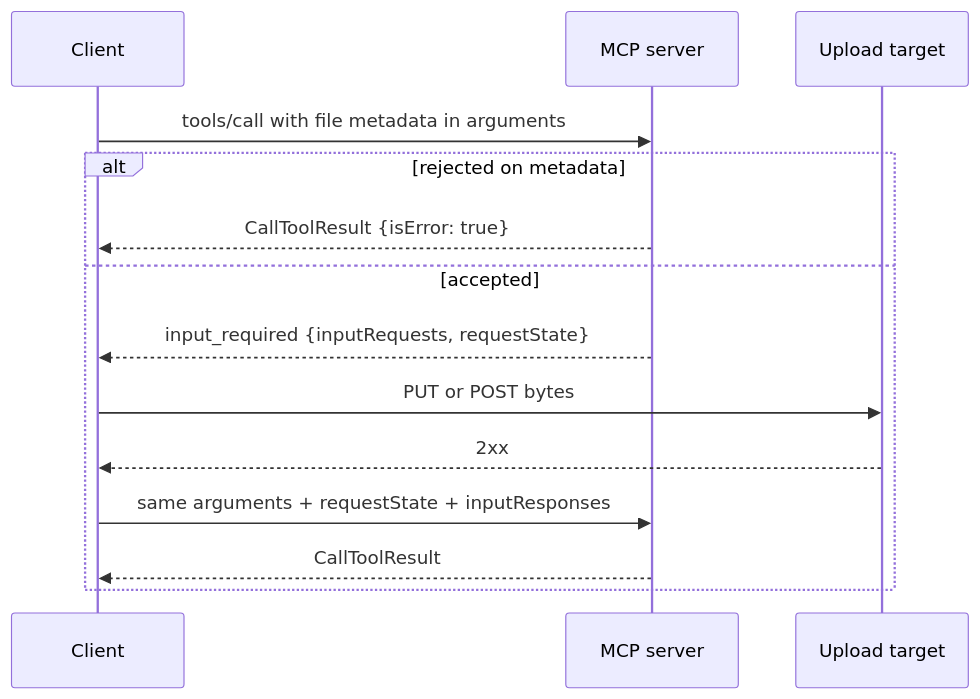
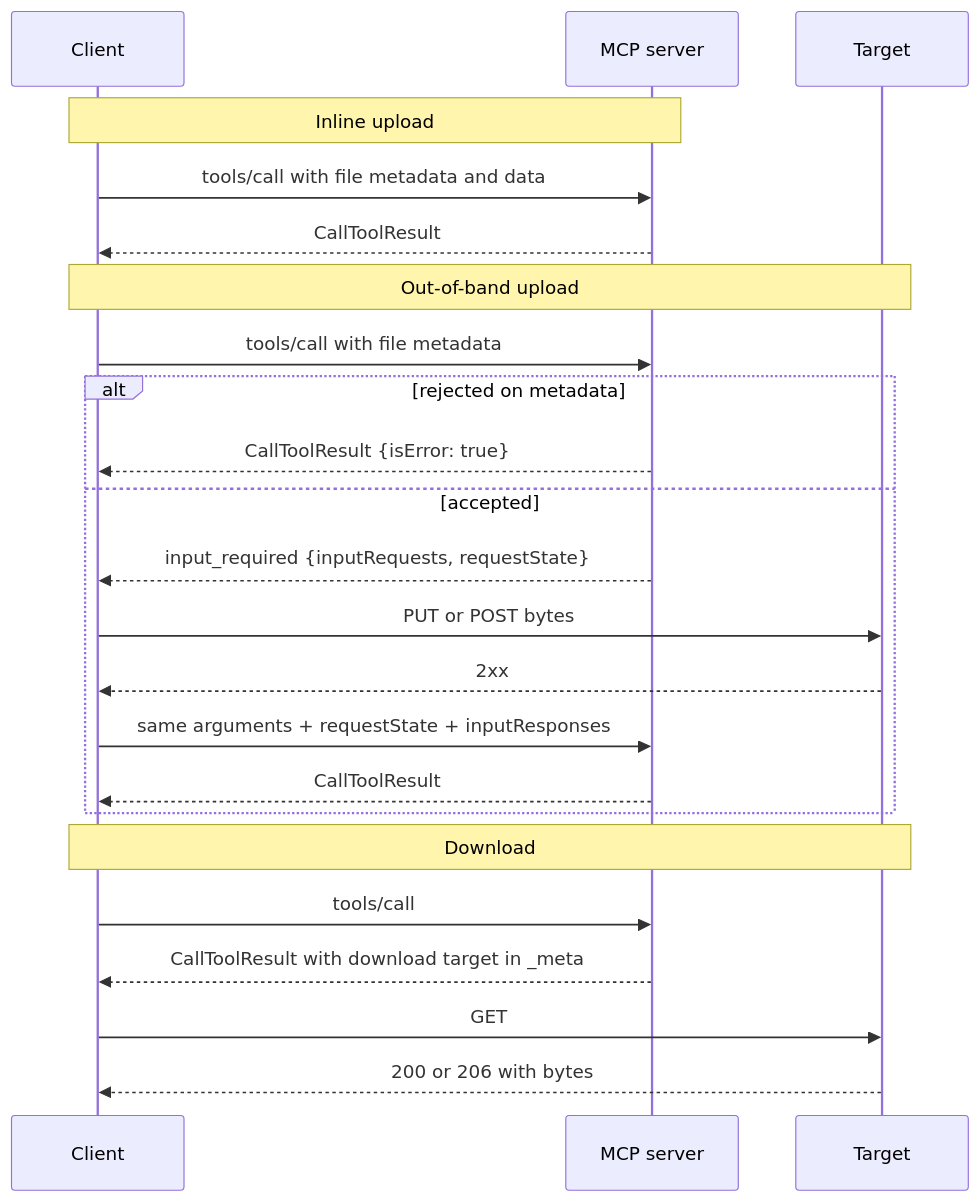
One commit to modelcontextprotocol/experimental-ext-file-uploads changed the diagram in specification/draft/file-uploads.md. Above: the diagram before and after it, drawn with Mermaid. The commit also changed other lines of this file, not shown here.

````diff
--- a/specification/draft/file-uploads.md
+++ b/specification/draft/file-uploads.md
@@ -244,17 +99,28 @@
 ```mermaid
 sequenceDiagram
     participant C as Client
     participant S as MCP server
-    participant T as Upload target
+    participant T as Target
 
-    C->>S: tools/call with file metadata in arguments
+    Note over C,S: Inline upload
+    C->>S: tools/call with file metadata and data
+    S-->>C: CallToolResult
+
+    Note over C,T: Out-of-band upload
+    C->>S: tools/call with file metadata
     alt rejected on metadata
         S-->>C: CallToolResult {isError: true}
     else accepted
         S-->>C: input_required {inputRequests, requestState}
         C->>T: PUT or POST bytes
         T-->>C: 2xx
         C->>S: same arguments + requestState + inputResponses
         S-->>C: CallToolResult
     end
+
+    Note over C,T: Download
+    C->>S: tools/call
+    S-->>C: CallToolResult with download target in _meta
+    C->>T: GET
+    T-->>C: 200 or 206 with bytes
 ```
````
